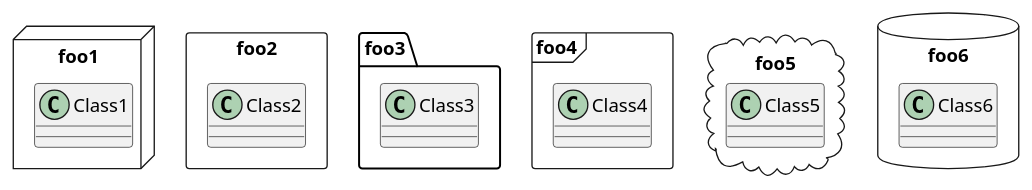
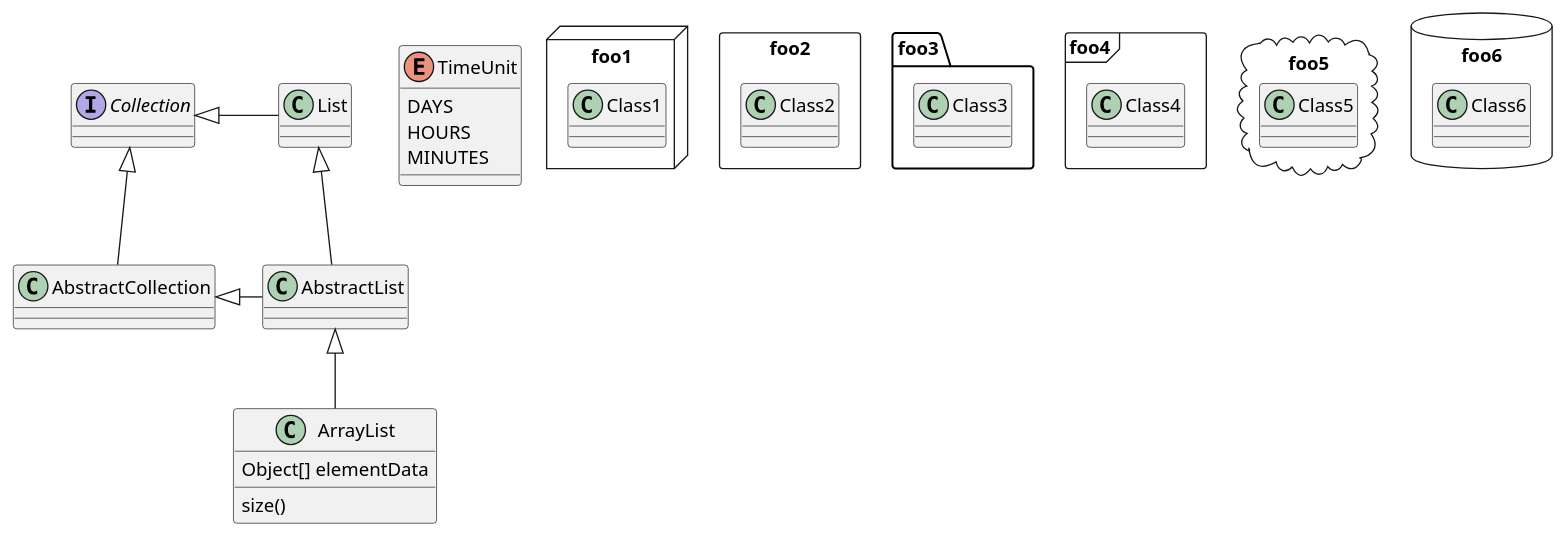
The diagram in uml_model/test.puml (iftsoft/device), drawn with PlantUML before and after one commit. The commit also changed 6 other files, not shown here.

```diff
--- a/uml_model/test.puml
+++ b/uml_model/test.puml
@@ -1,28 +1,47 @@
 @startuml
 
 package foo1 <<Node>> {
   class Class1
 }
 
 package foo2 <<Rectangle>> {
   class Class2
 }
 
 package foo3 <<Folder>> {
   class Class3
 }
 
 package foo4 <<Frame>> {
   class Class4
 }
 
 package foo5 <<Cloud>> {
   class Class5
 }
 
 package foo6 <<Database>> {
   class Class6
 }
 
+interface Collection
+
+List <|-- AbstractList
+Collection <|-- AbstractCollection
+
+Collection <|- List
+AbstractCollection <|- AbstractList
+AbstractList <|-- ArrayList
+
+class ArrayList {
+Object[] elementData
+size()
+}
+
+enum TimeUnit {
+DAYS
+HOURS
+MINUTES
+}
 
 @enduml
```
